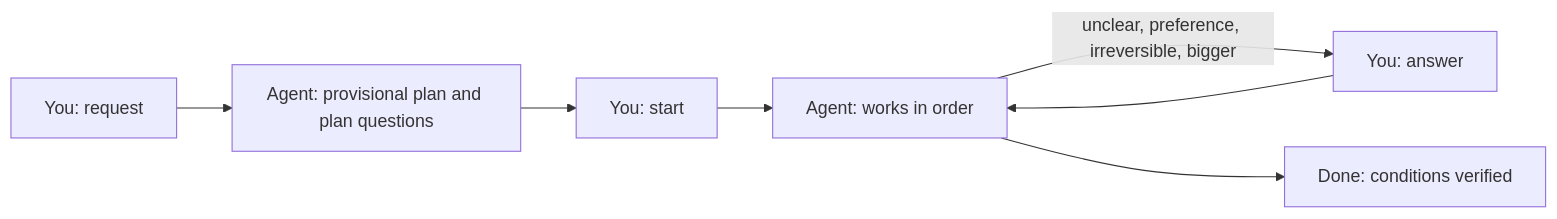
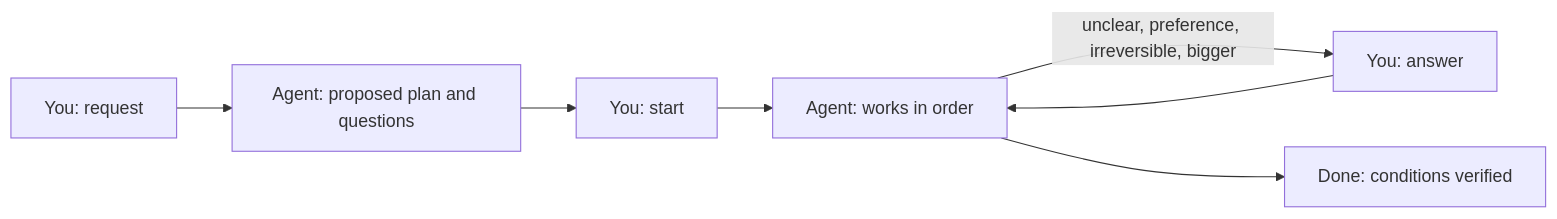
Before and after one commit to FooQoo/agent-board: the diagram in docs/guide/index.md, drawn with Mermaid. The commit also changed other lines of this file and 60 other files, not shown here.

````diff
--- a/docs/guide/index.md
+++ b/docs/guide/index.md
@@ -45,9 +45,9 @@
 ```mermaid
 flowchart LR
-    R["You: request"] --> P["Agent: provisional plan and plan questions"]
+    R["You: request"] --> P["Agent: proposed plan and questions"]
     P --> A["You: start"]
     A --> W["Agent: works in order"]
     W -- "unclear, preference, irreversible, bigger" --> Q["You: answer"]
     Q --> W
     W --> D["Done: conditions verified"]
 ```
````
